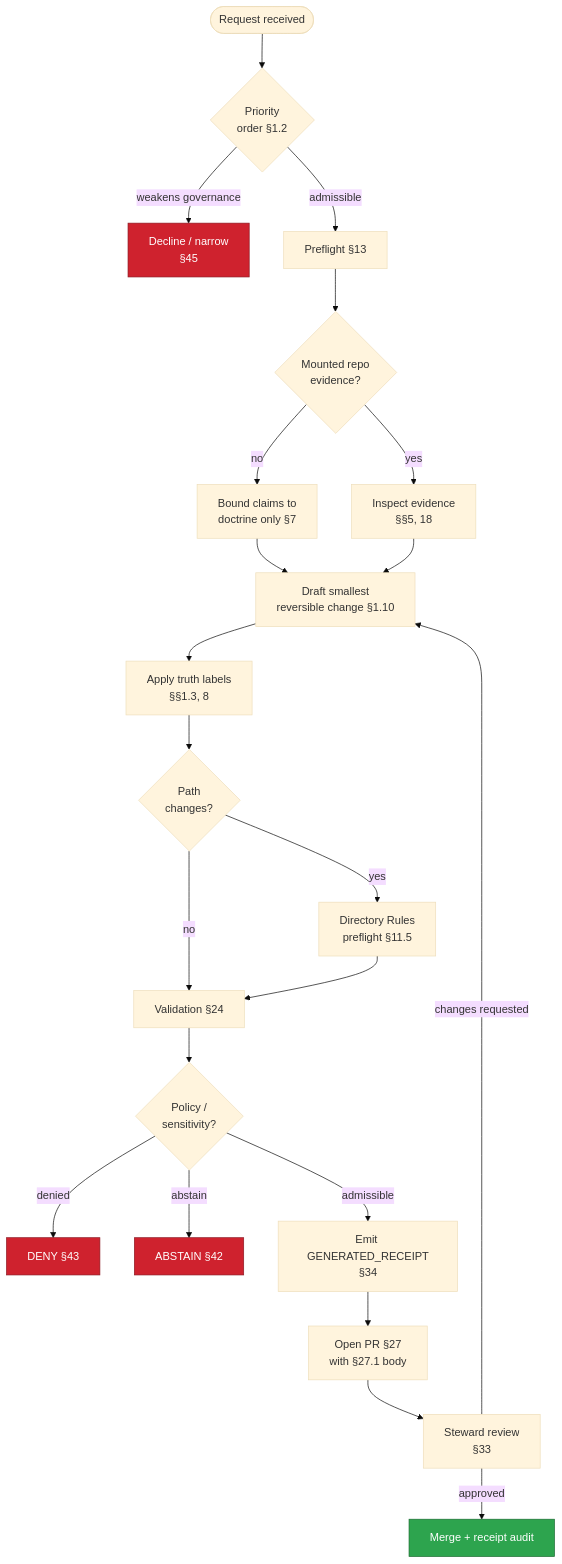
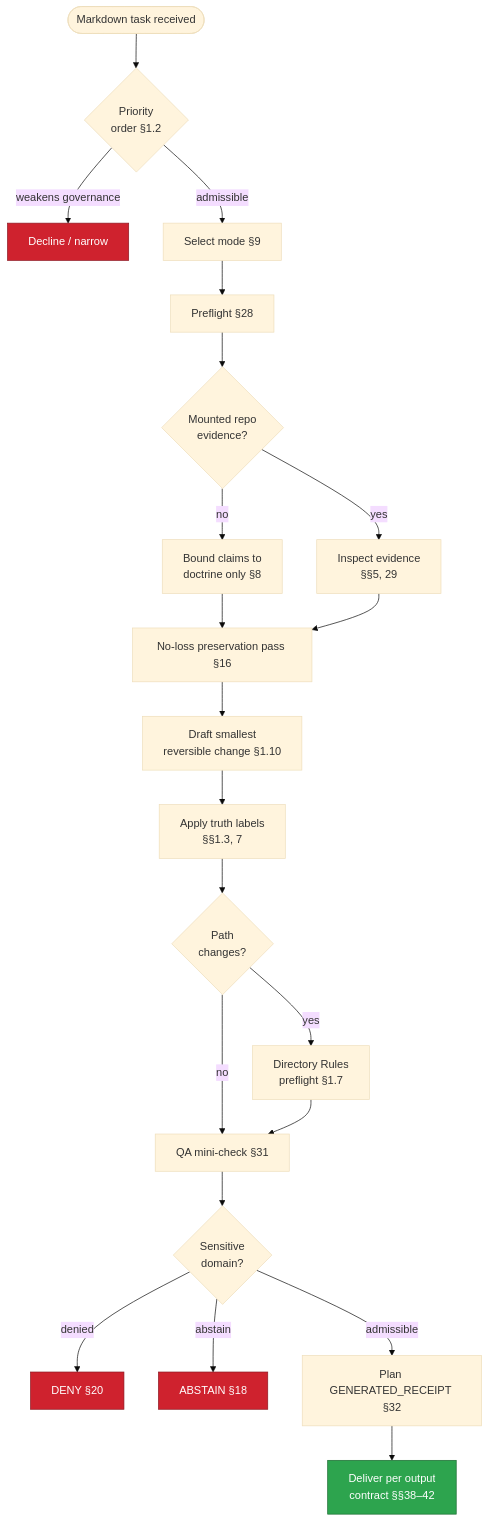
Before and after one commit to bartytime4life/Kansas-Frontier-Matrix: the second of 2 diagrams in docs/doctrine/ai-build-operating-contract.md, drawn with Mermaid (base theme). The commit also changed other lines of this file, not shown here.

````diff
--- a/docs/doctrine/ai-build-operating-contract.md
+++ b/docs/doctrine/ai-build-operating-contract.md
@@ -301,29 +319,28 @@
 ```mermaid
 flowchart TD
-    REQ([Request received]) --> PRI{Priority<br/>order §1.2}
-    PRI -->|weakens governance| DECL[Decline / narrow<br/>§45]
-    PRI -->|admissible| PRE[Preflight §13]
+    REQ([Markdown task received]) --> PRI{Priority<br/>order §1.2}
+    PRI -->|weakens governance| DECL[Decline / narrow]
+    PRI -->|admissible| MODE[Select mode §9]
+    MODE --> PRE[Preflight §28]
     PRE --> EVDQ{Mounted repo<br/>evidence?}
-    EVDQ -->|no| BOUND[Bound claims to<br/>doctrine only §7]
-    EVDQ -->|yes| INSP[Inspect evidence<br/>§§5, 18]
-    BOUND --> DRAFT
-    INSP --> DRAFT[Draft smallest<br/>reversible change §1.10]
-    DRAFT --> LABEL[Apply truth labels<br/>§§1.3, 8]
+    EVDQ -->|no| BOUND[Bound claims to<br/>doctrine only §8]
+    EVDQ -->|yes| INSP[Inspect evidence<br/>§§5, 29]
+    BOUND --> NL[No-loss preservation pass §16]
+    INSP --> NL
+    NL --> DRAFT[Draft smallest<br/>reversible change §1.10]
+    DRAFT --> LABEL[Apply truth labels<br/>§§1.3, 7]
     LABEL --> DIR{Path<br/>changes?}
-    DIR -->|yes| DRC[Directory Rules<br/>preflight §11.5]
-    DIR -->|no| VAL
-    DRC --> VAL[Validation §24]
-    VAL --> POLC{Policy /<br/>sensitivity?}
-    POLC -->|denied| DENY[DENY §43]
-    POLC -->|abstain| ABS[ABSTAIN §42]
-    POLC -->|admissible| RCPT[Emit GENERATED_RECEIPT<br/>§34]
-    RCPT --> PR[Open PR §27<br/>with §27.1 body]
-    PR --> REV[Steward review<br/>§33]
-    REV -->|approved| MRG[Merge + receipt audit]
-    REV -->|changes requested| DRAFT
+    DIR -->|yes| DRC[Directory Rules<br/>preflight §1.7]
+    DIR -->|no| QA
+    DRC --> QA[QA mini-check §31]
+    QA --> SENS{Sensitive<br/>domain?}
+    SENS -->|denied| DENY[DENY §20]
+    SENS -->|abstain| ABS[ABSTAIN §18]
+    SENS -->|admissible| RCPT[Plan GENERATED_RECEIPT §32]
+    RCPT --> OUT[Deliver per output<br/>contract §§38–42]
 
     classDef decline fill:#cf222e,stroke:#8c1822,color:#fff
     classDef confirm fill:#2da44e,stroke:#1a6b30,color:#fff
     class DECL,DENY,ABS decline
-    class MRG confirm
+    class OUT confirm
 ```
````
